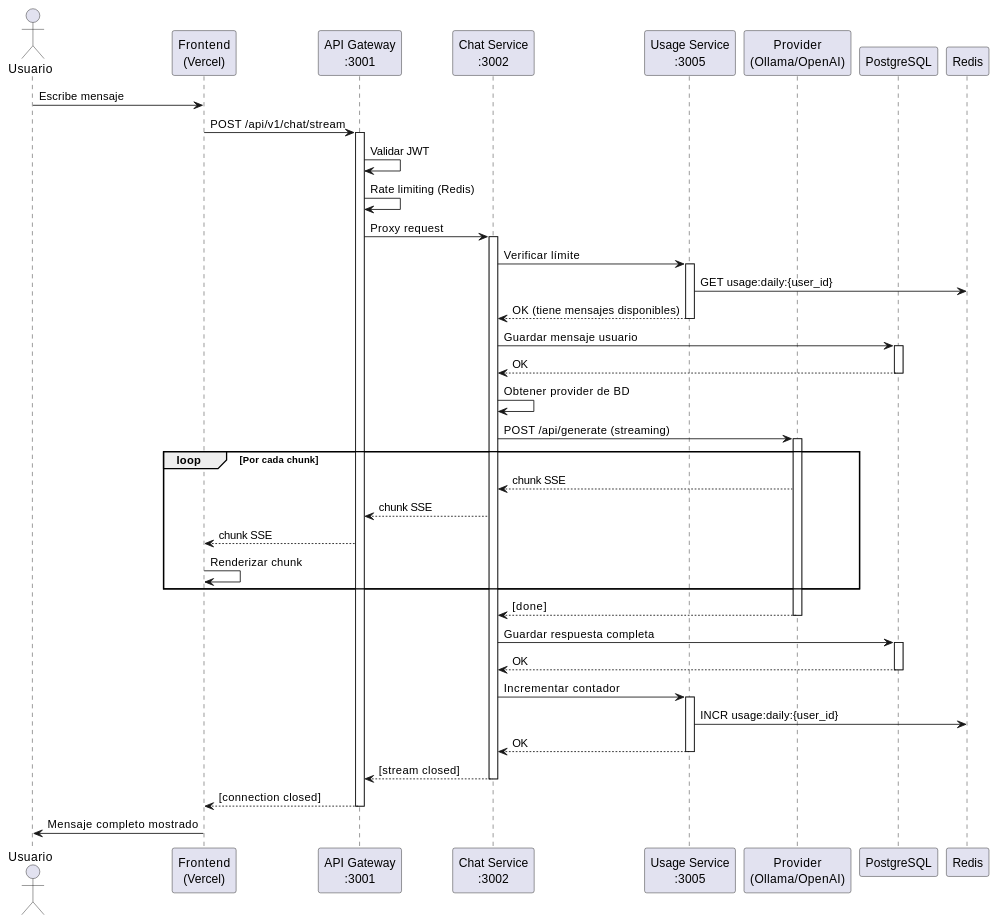
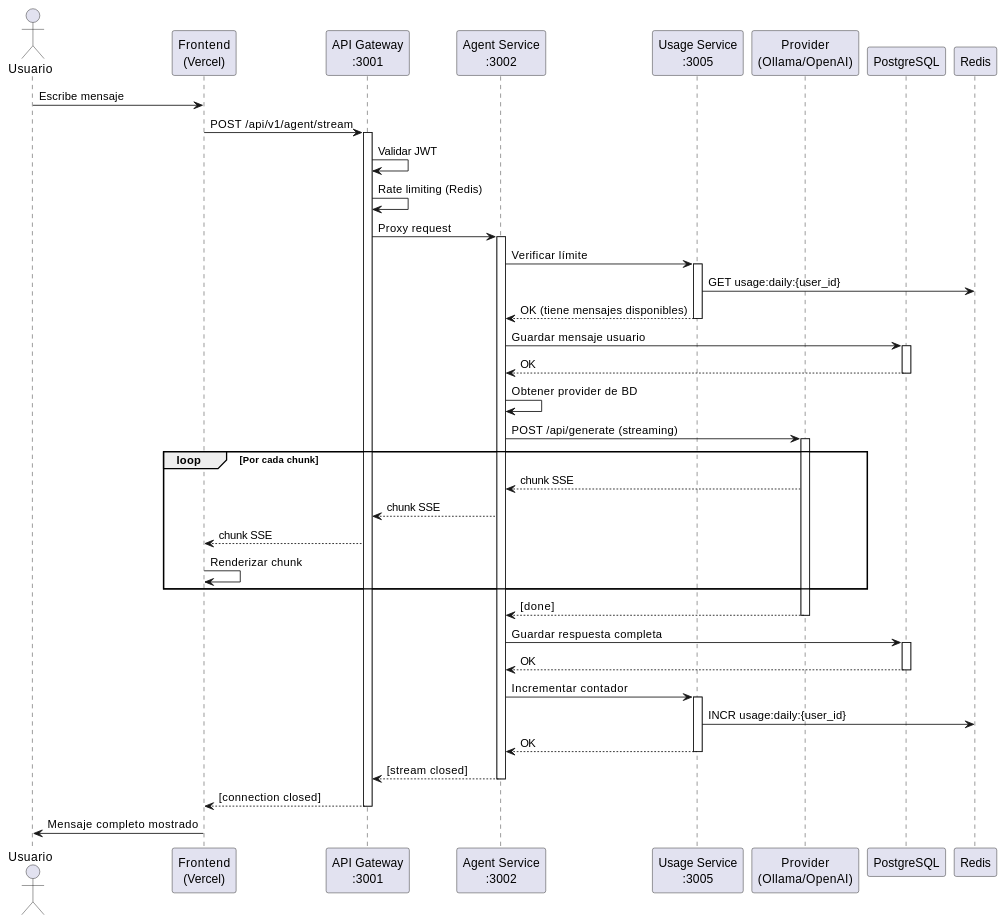
The second of 10 diagrams in docs/ARCHITECTURE.md (UNCSM-r0m0/go-saas-api), drawn with PlantUML before and after one commit. The commit also changed other lines of this file and 7 other files, not shown here.

````diff
--- a/docs/ARCHITECTURE.md
+++ b/docs/ARCHITECTURE.md
@@ -419,67 +419,67 @@
 ```plantuml
 @startuml
 actor Usuario
 participant "Frontend\n(Vercel)" as FE
 participant "API Gateway\n:3001" as GW
-participant "Chat Service\n:3002" as Chat
+participant "Agent Service\n:3002" as Agent
 participant "Usage Service\n:3005" as Usage
 participant "Provider\n(Ollama/OpenAI)" as Provider
 participant "PostgreSQL" as DB
 participant "Redis" as Redis
 
 Usuario -> FE: Escribe mensaje
-FE -> GW: POST /api/v1/chat/stream
+FE -> GW: POST /api/v1/agent/stream
 activate GW
 
 GW -> GW: Validar JWT
 GW -> GW: Rate limiting (Redis)
 
-GW -> Chat: Proxy request
-activate Chat
+GW -> Agent: Proxy request
+activate Agent
 
-Chat -> Usage: Verificar límite
+Agent -> Usage: Verificar límite
 activate Usage
 Usage -> Redis: GET usage:daily:{user_id}
-Usage --> Chat: OK (tiene mensajes disponibles)
+Usage --> Agent: OK (tiene mensajes disponibles)
 deactivate Usage
 
-Chat -> DB: Guardar mensaje usuario
+Agent -> DB: Guardar mensaje usuario
 activate DB
-DB --> Chat: OK
+DB --> Agent: OK
 deactivate DB
 
-Chat -> Chat: Obtener provider de BD
-Chat -> Provider: POST /api/generate (streaming)
+Agent -> Agent: Obtener provider de BD
+Agent -> Provider: POST /api/generate (streaming)
 activate Provider
 
 loop Por cada chunk
-    Provider --> Chat: chunk SSE
-    Chat --> GW: chunk SSE
+    Provider --> Agent: chunk SSE
+    Agent --> GW: chunk SSE
     GW --> FE: chunk SSE
     FE -> FE: Renderizar chunk
 end
 
-Provider --> Chat: [done]
+Provider --> Agent: [done]
 deactivate Provider
 
-Chat -> DB: Guardar respuesta completa
+Agent -> DB: Guardar respuesta completa
 activate DB
-DB --> Chat: OK
+DB --> Agent: OK
 deactivate DB
 
-Chat -> Usage: Incrementar contador
+Agent -> Usage: Incrementar contador
 activate Usage
 Usage -> Redis: INCR usage:daily:{user_id}
-Usage --> Chat: OK
+Usage --> Agent: OK
 deactivate Usage
 
-Chat --> GW: [stream closed]
-deactivate Chat
+Agent --> GW: [stream closed]
+deactivate Agent
 
 GW --> FE: [connection closed]
 deactivate GW
 
 FE -> Usuario: Mensaje completo mostrado
 
 @enduml
 ```
````
